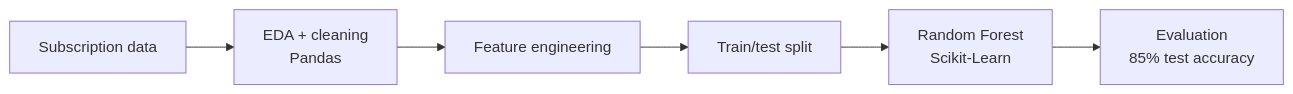
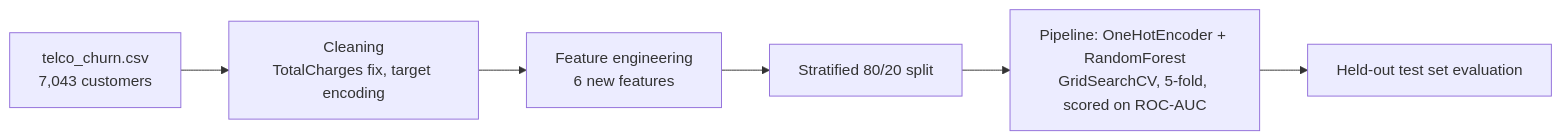
The diagram in README.md (VasilenData/customer-churn-model), drawn with Mermaid before and after one commit. The commit also changed other lines of this file and 2 other files, not shown here.

````diff
--- a/README.md
+++ b/README.md
@@ -12,8 +12,8 @@
 ```mermaid
 flowchart LR
-    A[Subscription data] --> B[EDA + cleaning<br/>Pandas]
-    B --> C[Feature engineering]
-    C --> D[Train/test split]
-    D --> E[Random Forest<br/>Scikit-Learn]
-    E --> F[Evaluation<br/>85% test accuracy]
+    A[telco_churn.csv<br/>7,043 customers] --> B[Cleaning<br/>TotalCharges fix, target encoding]
+    B --> C[Feature engineering<br/>6 new features]
+    C --> D[Stratified 80/20 split]
+    D --> E[Pipeline: OneHotEncoder + RandomForest<br/>GridSearchCV, 5-fold, scored on ROC-AUC]
+    E --> F[Held-out test set evaluation]
 ```
````
